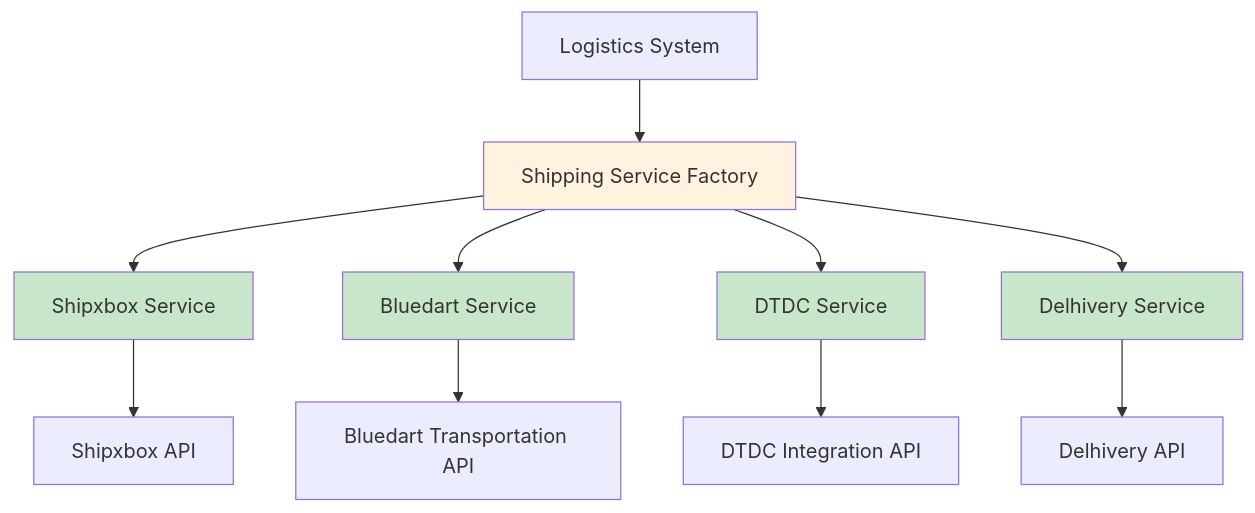
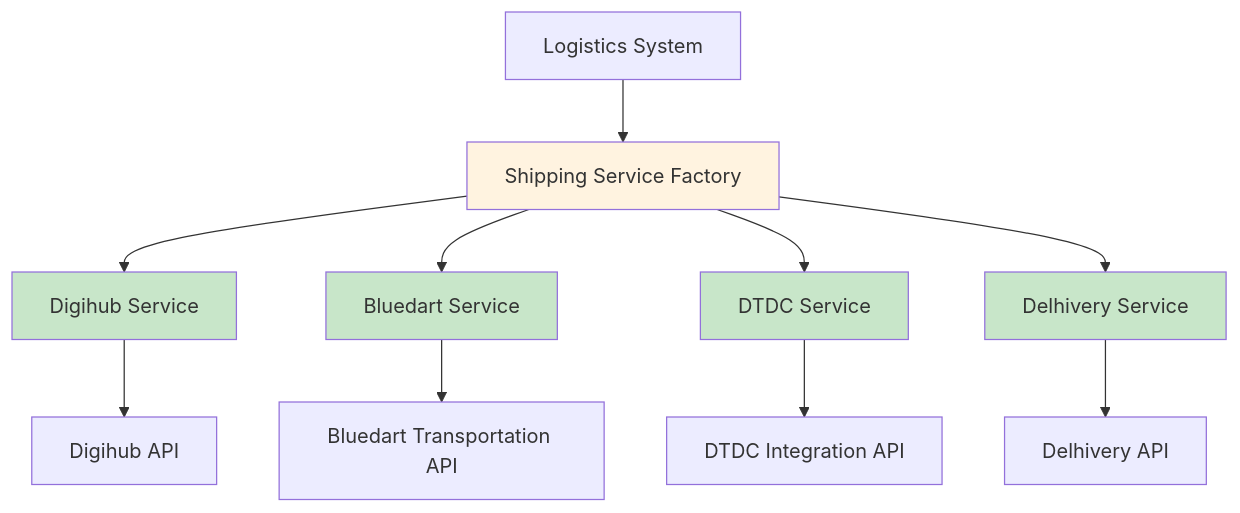
One commit to sandeepkumar0801/Digihub changed the fourth of 39 diagrams in README.md. Above: the diagram before and after it, drawn with Mermaid. The commit also changed other lines of this file, not shown here.

````diff
--- a/README.md
+++ b/README.md
@@ -591,19 +591,19 @@
 ```mermaid
 graph TD
     A[Logistics System] --> B[Shipping Service Factory]
-    B --> C[Shipxbox Service]
+    B --> C[Digihub Service]
     B --> D[Bluedart Service]
     B --> E[DTDC Service]
     B --> F[Delhivery Service]
 
-    C --> G[Shipxbox API]
+    C --> G[Digihub API]
     D --> H[Bluedart Transportation API]
     E --> I[DTDC Integration API]
     F --> J[Delhivery API]
 
     style B fill:#fff3e0
     style C fill:#c8e6c9
     style D fill:#c8e6c9
     style E fill:#c8e6c9
     style F fill:#c8e6c9
 ```
````
